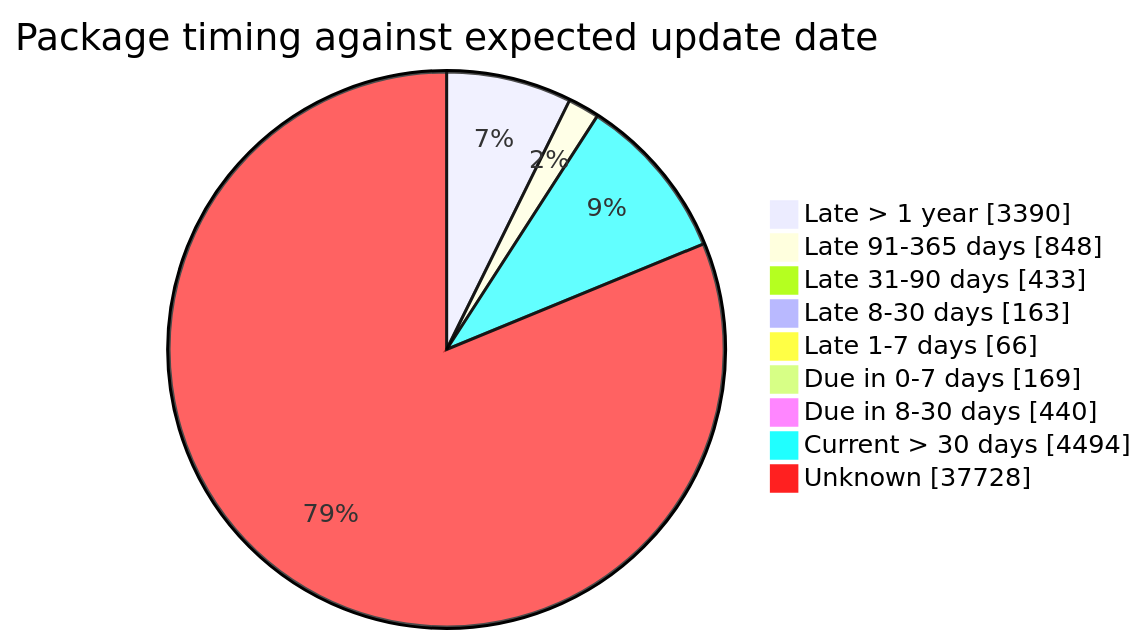
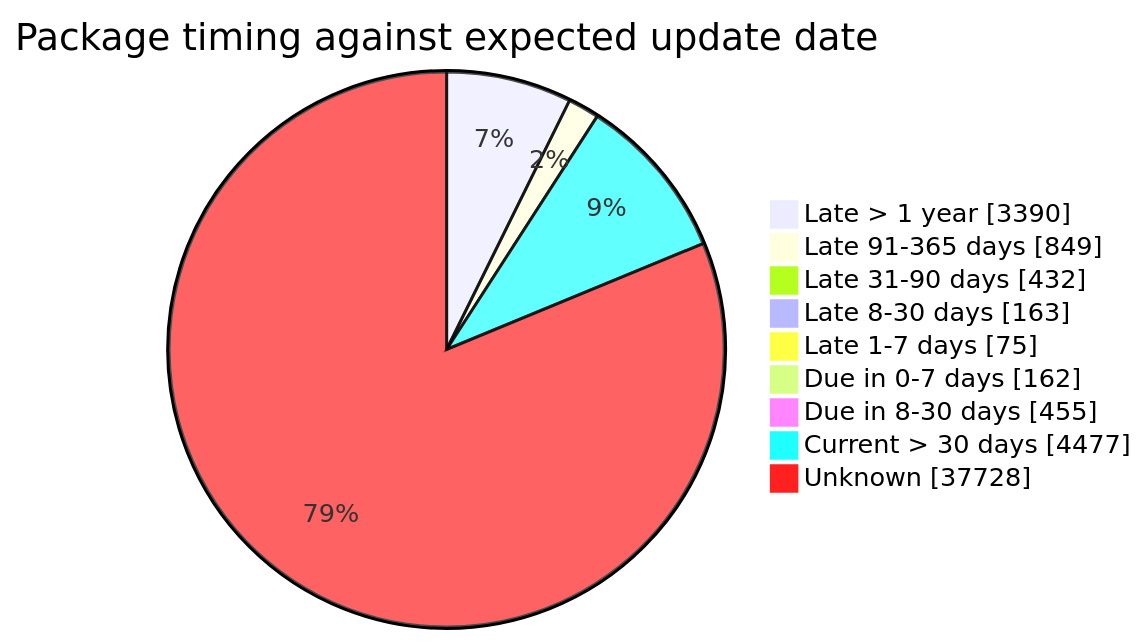
The fourth of 5 diagrams in FreshCheck/README.md (open-data/analytics-corporate-reporting), drawn with Mermaid before and after one commit. The commit also changed other lines of this file and 3 other files, not shown here.

````diff
--- a/FreshCheck/README.md
+++ b/FreshCheck/README.md
@@ -86,12 +86,12 @@
 ```mermaid
 pie showData title Package timing against expected update date
     "Late > 1 year": 3390
-    "Late 91-365 days": 848
-    "Late 31-90 days": 433
+    "Late 91-365 days": 849
+    "Late 31-90 days": 432
     "Late 8-30 days": 163
-    "Late 1-7 days": 66
-    "Due in 0-7 days": 169
-    "Due in 8-30 days": 440
-    "Current > 30 days": 4494
+    "Late 1-7 days": 75
+    "Due in 0-7 days": 162
+    "Due in 8-30 days": 455
+    "Current > 30 days": 4477
     "Unknown": 37728
 ```
````
